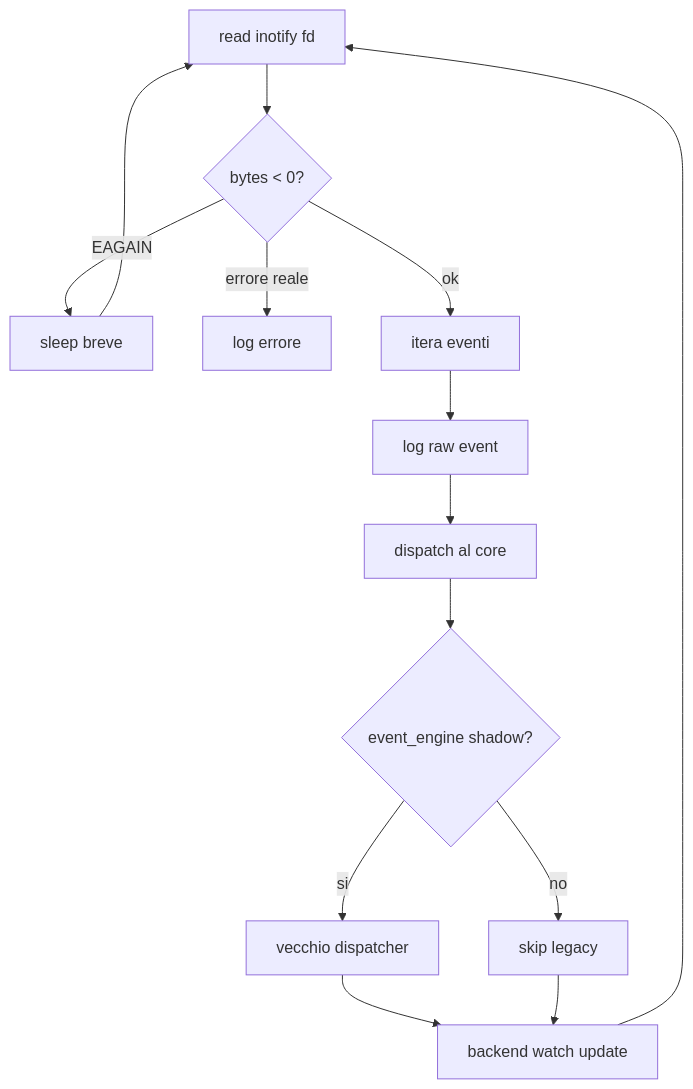
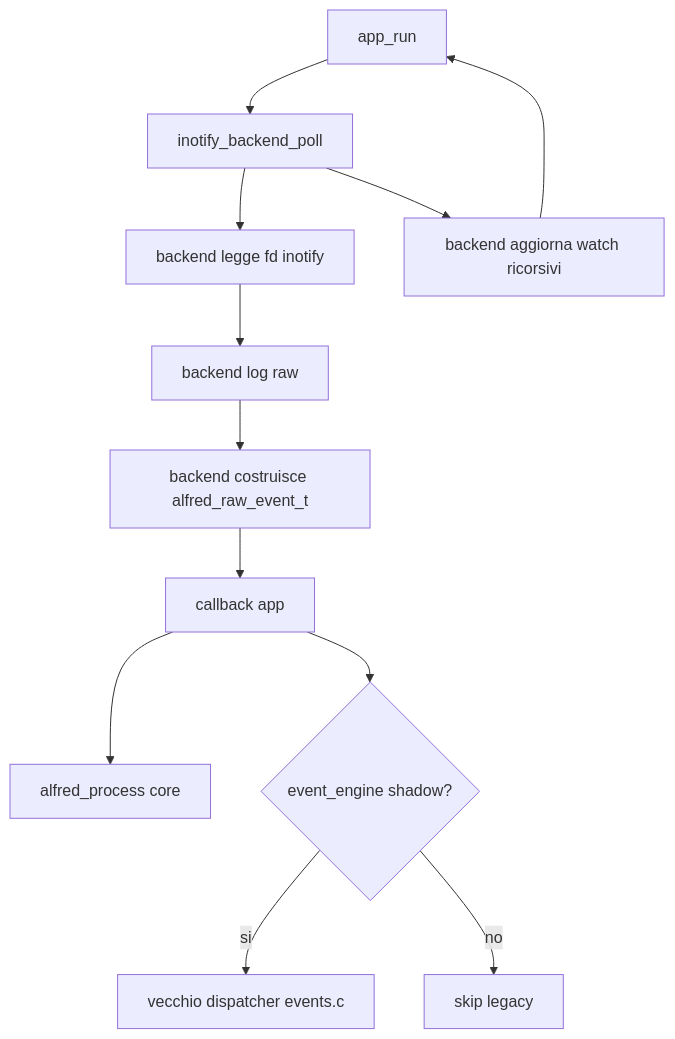
One commit to kinderp/alfred changed the second of 2 diagrams in docs/it/04-livello-applicazione.md. Above: the diagram before and after it, drawn with Mermaid. The commit also changed other lines of this file and 9 other files, not shown here.

````diff
--- a/docs/it/04-livello-applicazione.md
+++ b/docs/it/04-livello-applicazione.md
@@ -137,16 +137,14 @@
 ```mermaid
 flowchart TD
-    A[read inotify fd] --> B{bytes < 0?}
-    B -->|EAGAIN| C[sleep breve]
-    C --> A
-    B -->|errore reale| D[log errore]
-    B -->|ok| E[itera eventi]
-    E --> F[log raw event]
-    F --> G[dispatch al core]
-    G --> H{event_engine shadow?}
-    H -->|si| I[vecchio dispatcher]
+    A[app_run] --> B[inotify_backend_poll]
+    B --> C[backend legge fd inotify]
+    C --> D[backend log raw]
+    D --> E[backend costruisce alfred_raw_event_t]
+    E --> F[callback app]
+    F --> G[alfred_process core]
+    F --> H{event_engine shadow?}
+    H -->|si| I[vecchio dispatcher events.c]
     H -->|no| J[skip legacy]
-    I --> K[backend watch update]
-    J --> K
+    B --> K[backend aggiorna watch ricorsivi]
     K --> A
 ```
````
